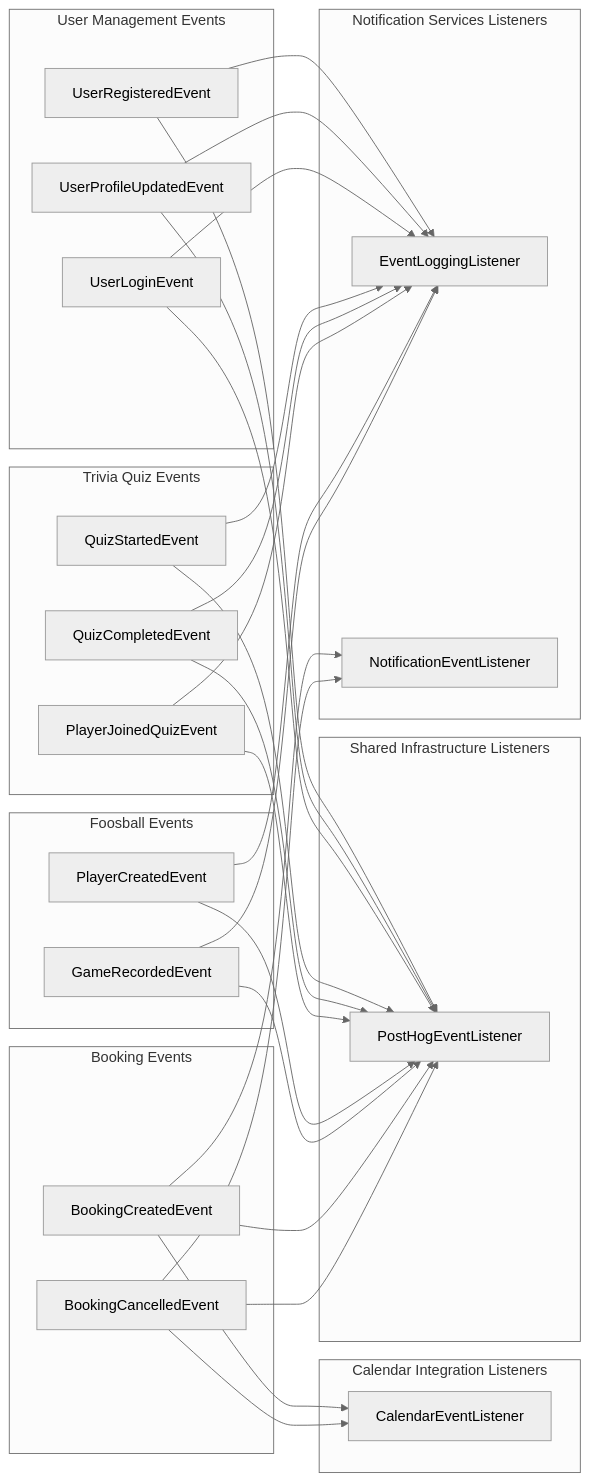
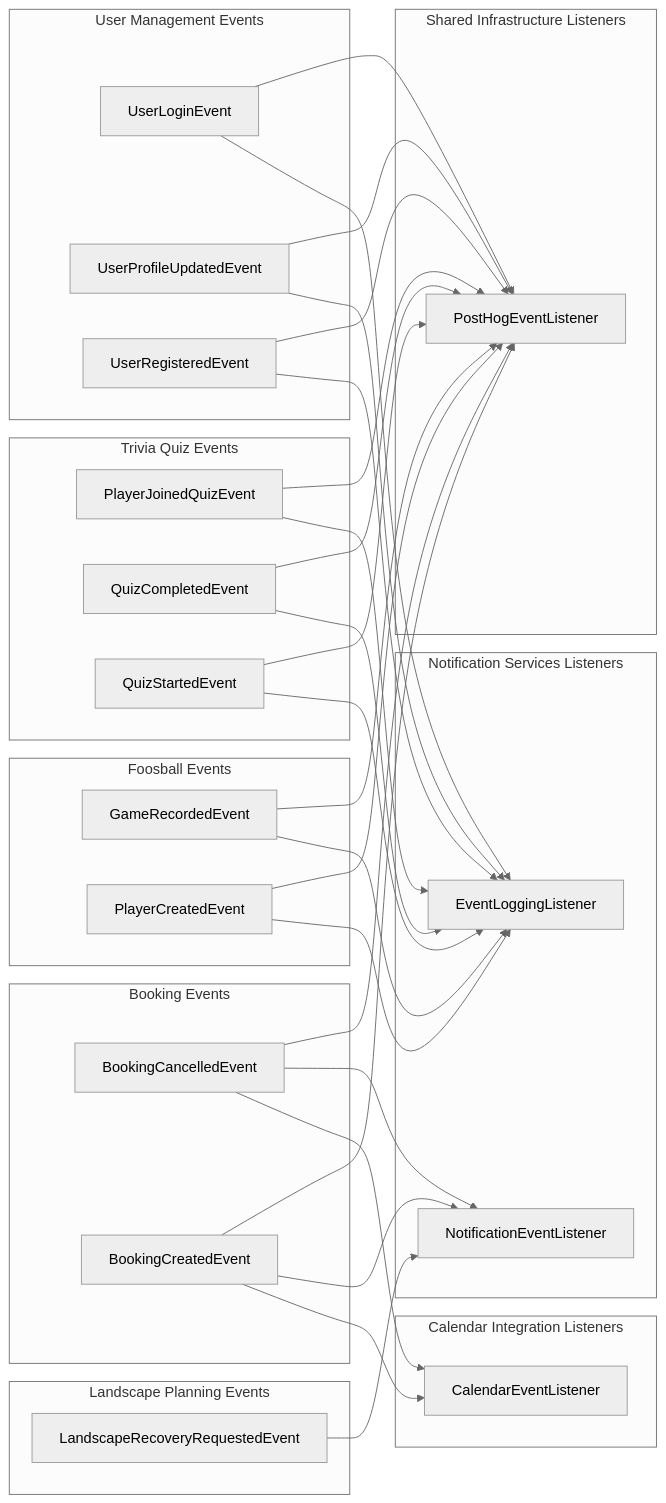
Before and after one commit to SnapPetal/PersonalWeb: the diagram in docs/modulith-event-flow.md, drawn with Mermaid (neutral theme). The commit also changed 17 other files, not shown here.

Commit message:
Add verified landscape email recovery

````diff
--- a/docs/modulith-event-flow.md
+++ b/docs/modulith-event-flow.md
@@ -5,53 +5,57 @@
 ```mermaid
 flowchart LR
   subgraph Booking_events["Booking Events"]
     biz_thonbecker_personal_booking_api_BookingCancelledEvent["BookingCancelledEvent"]
     biz_thonbecker_personal_booking_api_BookingCreatedEvent["BookingCreatedEvent"]
   end
   subgraph Foosball_events["Foosball Events"]
     biz_thonbecker_personal_foosball_api_GameRecordedEvent["GameRecordedEvent"]
     biz_thonbecker_personal_foosball_api_PlayerCreatedEvent["PlayerCreatedEvent"]
+  end
+  subgraph Landscape_Planning_events["Landscape Planning Events"]
+    biz_thonbecker_personal_landscape_api_LandscapeRecoveryRequestedEvent["LandscapeRecoveryRequestedEvent"]
   end
   subgraph Trivia_Quiz_events["Trivia Quiz Events"]
     biz_thonbecker_personal_trivia_api_PlayerJoinedQuizEvent["PlayerJoinedQuizEvent"]
     biz_thonbecker_personal_trivia_api_QuizCompletedEvent["QuizCompletedEvent"]
     biz_thonbecker_personal_trivia_api_QuizStartedEvent["QuizStartedEvent"]
   end
   subgraph User_Management_events["User Management Events"]
     biz_thonbecker_personal_user_api_UserLoginEvent["UserLoginEvent"]
     biz_thonbecker_personal_user_api_UserProfileUpdatedEvent["UserProfileUpdatedEvent"]
     biz_thonbecker_personal_user_api_UserRegisteredEvent["UserRegisteredEvent"]
   end
   subgraph Calendar_Integration_listeners["Calendar Integration Listeners"]
     biz_thonbecker_personal_calendar_platform_CalendarEventListener["CalendarEventListener"]
   end
   subgraph Notification_Services_listeners["Notification Services Listeners"]
     biz_thonbecker_personal_notification_api_EventLoggingListener["EventLoggingListener"]
     biz_thonbecker_personal_notification_api_NotificationEventListener["NotificationEventListener"]
   end
   subgraph Shared_Infrastructure_listeners["Shared Infrastructure Listeners"]
     biz_thonbecker_personal_shared_platform_service_PostHogEventListener["PostHogEventListener"]
   end
   biz_thonbecker_personal_booking_api_BookingCancelledEvent --> biz_thonbecker_personal_calendar_platform_CalendarEventListener
   biz_thonbecker_personal_booking_api_BookingCreatedEvent --> biz_thonbecker_personal_calendar_platform_CalendarEventListener
   biz_thonbecker_personal_booking_api_BookingCancelledEvent --> biz_thonbecker_personal_notification_api_NotificationEventListener
   biz_thonbecker_personal_booking_api_BookingCreatedEvent --> biz_thonbecker_personal_notification_api_NotificationEventListener
   biz_thonbecker_personal_foosball_api_GameRecordedEvent --> biz_thonbecker_personal_notification_api_EventLoggingListener
   biz_thonbecker_personal_foosball_api_PlayerCreatedEvent --> biz_thonbecker_personal_notification_api_EventLoggingListener
+  biz_thonbecker_personal_landscape_api_LandscapeRecoveryRequestedEvent --> biz_thonbecker_personal_notification_api_NotificationEventListener
   biz_thonbecker_personal_trivia_api_PlayerJoinedQuizEvent --> biz_thonbecker_personal_notification_api_EventLoggingListener
   biz_thonbecker_personal_trivia_api_QuizCompletedEvent --> biz_thonbecker_personal_notification_api_EventLoggingListener
   biz_thonbecker_personal_trivia_api_QuizStartedEvent --> biz_thonbecker_personal_notification_api_EventLoggingListener
   biz_thonbecker_personal_user_api_UserLoginEvent --> biz_thonbecker_personal_notification_api_EventLoggingListener
   biz_thonbecker_personal_user_api_UserProfileUpdatedEvent --> biz_thonbecker_personal_notification_api_EventLoggingListener
   biz_thonbecker_personal_user_api_UserRegisteredEvent --> biz_thonbecker_personal_notification_api_EventLoggingListener
   biz_thonbecker_personal_booking_api_BookingCancelledEvent --> biz_thonbecker_personal_shared_platform_service_PostHogEventListener
   biz_thonbecker_personal_booking_api_BookingCreatedEvent --> biz_thonbecker_personal_shared_platform_service_PostHogEventListener
   biz_thonbecker_personal_foosball_api_GameRecordedEvent --> biz_thonbecker_personal_shared_platform_service_PostHogEventListener
   biz_thonbecker_personal_foosball_api_PlayerCreatedEvent --> biz_thonbecker_personal_shared_platform_service_PostHogEventListener
   biz_thonbecker_personal_trivia_api_PlayerJoinedQuizEvent --> biz_thonbecker_personal_shared_platform_service_PostHogEventListener
   biz_thonbecker_personal_trivia_api_QuizCompletedEvent --> biz_thonbecker_personal_shared_platform_service_PostHogEventListener
   biz_thonbecker_personal_trivia_api_QuizStartedEvent --> biz_thonbecker_personal_shared_platform_service_PostHogEventListener
   biz_thonbecker_personal_user_api_UserLoginEvent --> biz_thonbecker_personal_shared_platform_service_PostHogEventListener
   biz_thonbecker_personal_user_api_UserProfileUpdatedEvent --> biz_thonbecker_personal_shared_platform_service_PostHogEventListener
   biz_thonbecker_personal_user_api_UserRegisteredEvent --> biz_thonbecker_personal_shared_platform_service_PostHogEventListener
 ```
````
